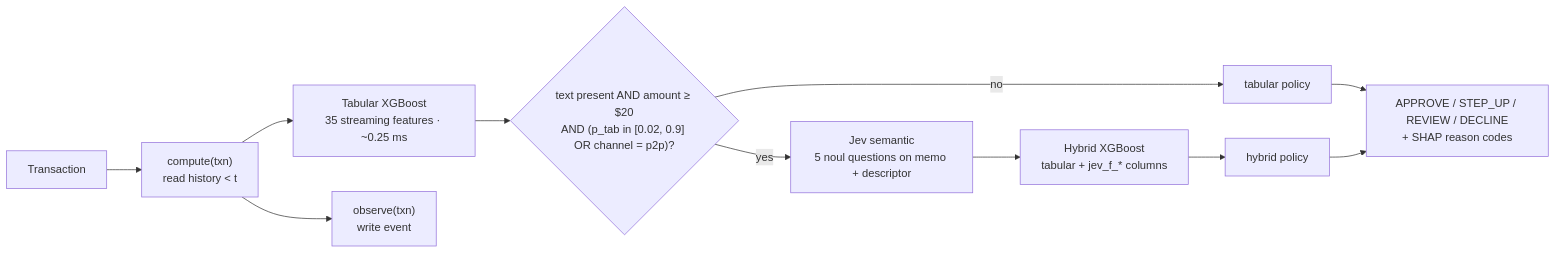
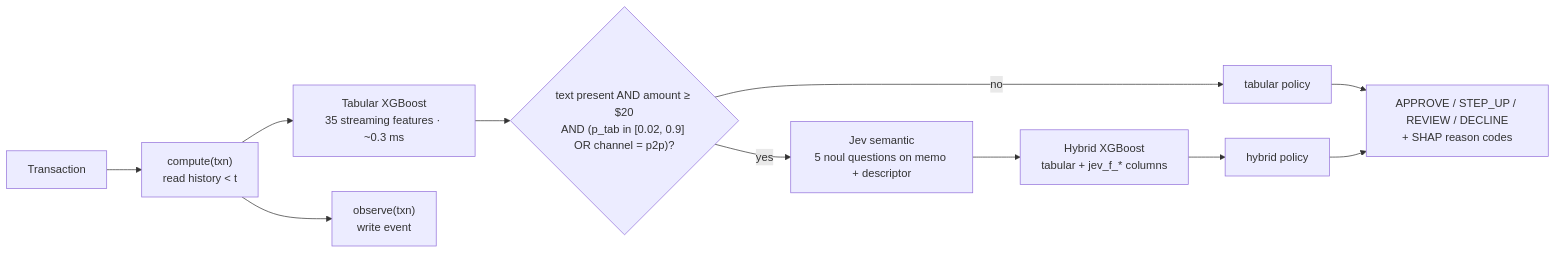
The seventh of 13 diagrams in docs/architecture.md (thanhauco/xgboost-jev), drawn with Mermaid before and after one commit. The commit also changed other lines of this file and 2 other files, not shown here.

````diff
--- a/docs/architecture.md
+++ b/docs/architecture.md
@@ -193,12 +201,12 @@
 ```mermaid
 flowchart LR
     TX[Transaction] --> F["compute(txn)<br/>read history < t"]
-    F --> TAB["Tabular XGBoost<br/>35 streaming features · ~0.25 ms"]
+    F --> TAB["Tabular XGBoost<br/>35 streaming features · ~0.3 ms"]
     F --> OBS["observe(txn)<br/>write event"]
     TAB --> ESC{"text present AND amount ≥ $20<br/>AND (p_tab in [0.02, 0.9] OR channel = p2p)?"}
     ESC -- no --> P1["tabular policy"]
     ESC -- yes --> JS["Jev semantic<br/>5 noul questions on memo + descriptor"]
     JS --> HYB["Hybrid XGBoost<br/>tabular + jev_f_* columns"]
     HYB --> P2["hybrid policy"]
     P1 & P2 --> ACT["APPROVE / STEP_UP / REVIEW / DECLINE<br/>+ SHAP reason codes"]
 ```
````
